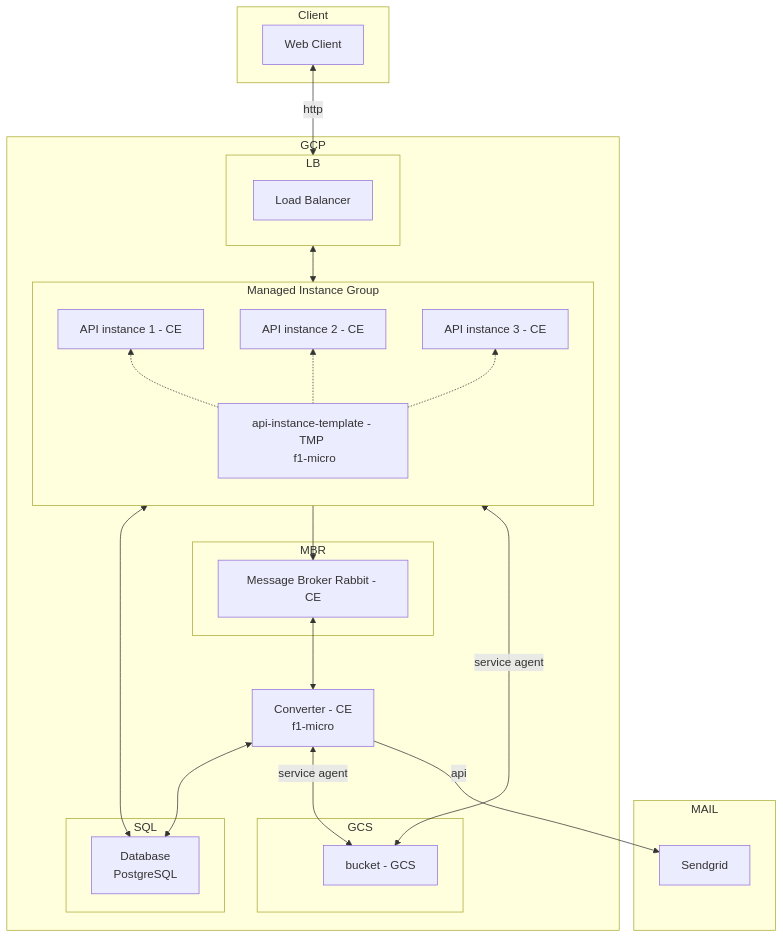
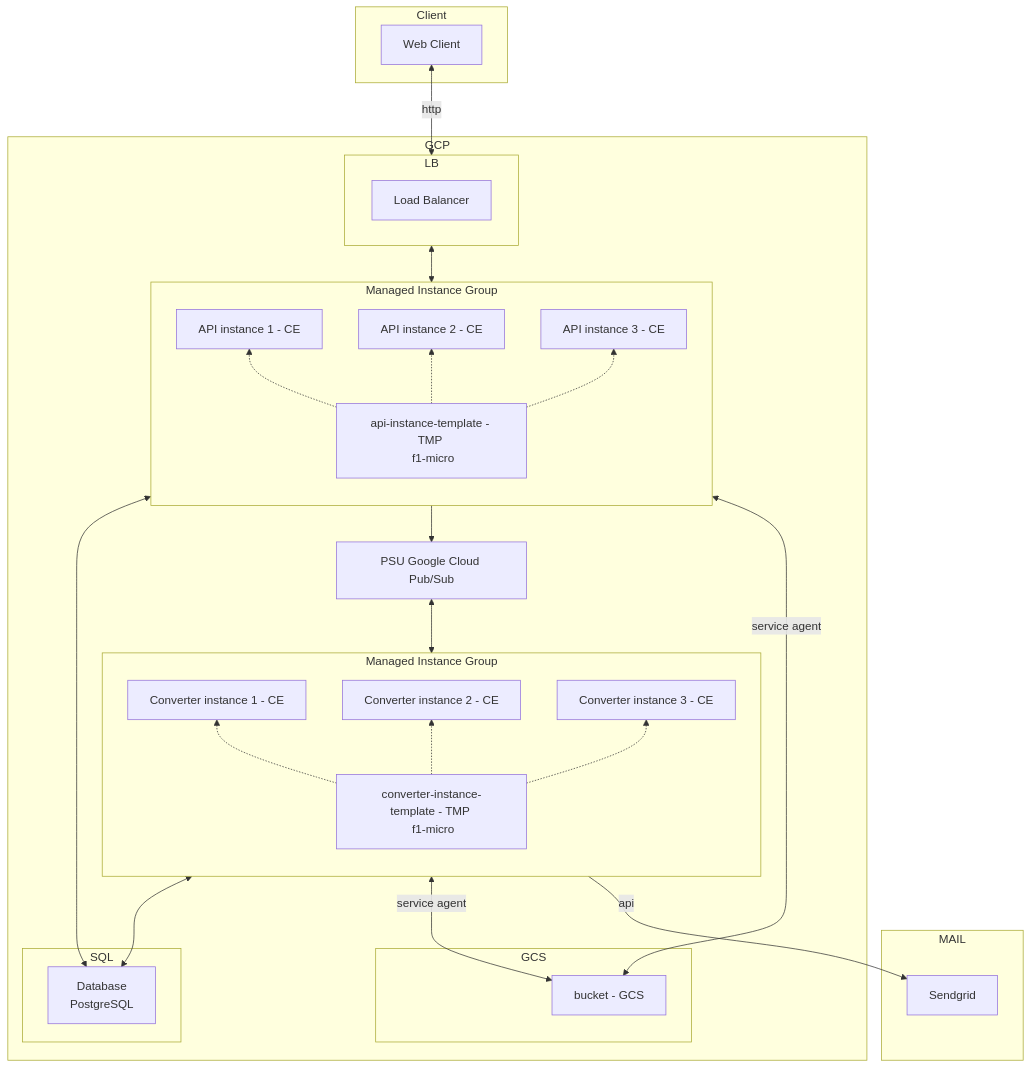
Before and after one commit to muniter/uni_cloud_convert: the first of 4 diagrams in README.md, drawn with Mermaid. The commit also changed other lines of this file, not shown here.

````diff
--- a/README.md
+++ b/README.md
@@ -34,43 +34,50 @@
 ```mermaid
 flowchart TD
   subgraph Client
     web[Web Client]
   end
   subgraph MAIL
     mail[Sendgrid]
   end
   web<--http-->LB
   subgraph GCP
     subgraph LB
       bal[Load Balancer]
     end
     LB <--> MIG
     subgraph MIG[Managed Instance Group]
       direction BT
       api1[API instance 1 - CE]
       api2[API instance 2 - CE]
       apin[API instance 3 - CE]
       tem[api-instance-template - TMP \n f1-micro]
       tem-.->api1
       tem-.->api2
       tem-.->apin
     end
-    subgraph MBR
-      mb[Message Broker Rabbit - CE]
-    end
+    PUBSUB[PSU Google Cloud Pub/Sub]
     subgraph SQL
       db[Database \n PostgreSQL]
     end
-    co[Converter - CE \n f1-micro]
+    subgraph MIGC[Managed Instance Group]
+      direction BT
+      co1[Converter instance 1 - CE]
+      co2[Converter instance 2 - CE]
+      con[Converter instance 3 - CE]
+      ctem[converter-instance-template - TMP \n f1-micro]
+      ctem-.->co1
+      ctem-.->co2
+      ctem-.->con
+    end
     subgraph GCS
       gcs[bucket - GCS]
     end
     MIG<-->db
-    MIG --> mb
-    co<-->db
-    mb<-->co
-    co<--service agent-->gcs
+    MIG -->PUBSUB
+    MIGC<-->db
+    PUBSUB<-->MIGC
+    MIGC<--service agent-->gcs
     MIG <--service agent-->gcs
-    co--api-->mail 
+    MIGC--api-->mail 
   end
 ```
````
